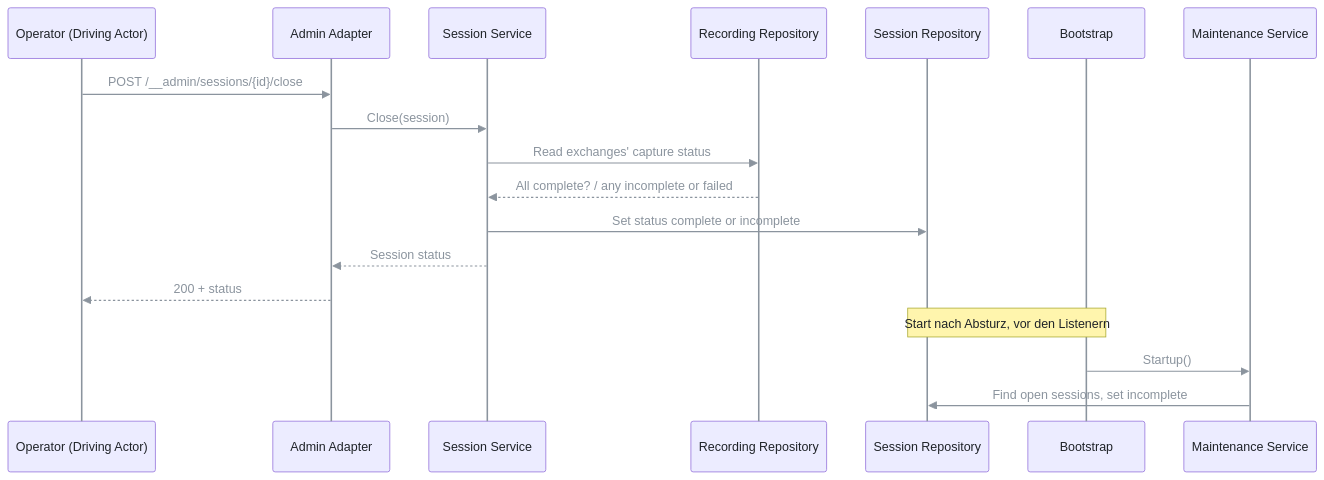
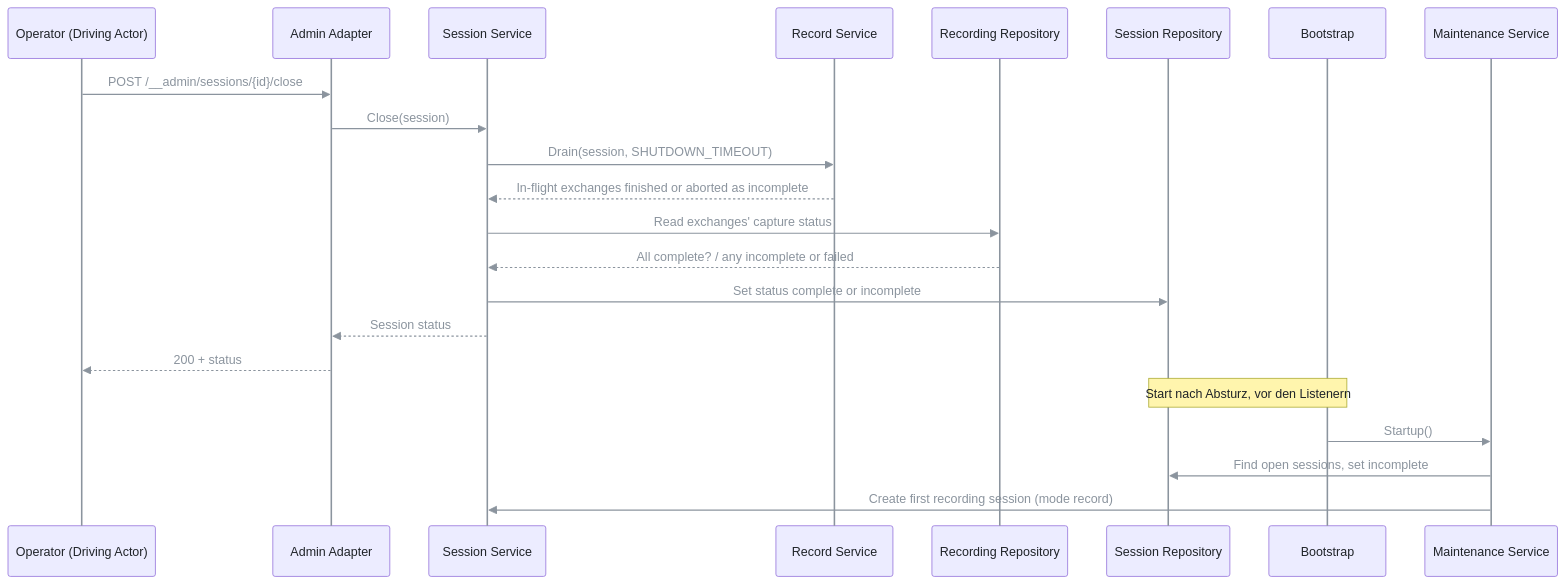
Diagram 11 of 11 in spec/architecture.md (pt9912/odata-recorder), drawn with Mermaid before and after one commit. The commit also changed other lines of this file and 1 other file, not shown here.

````diff
--- a/spec/architecture.md
+++ b/spec/architecture.md
@@ -478,21 +490,25 @@
 ```mermaid
 %%{init: {'themeVariables': {'lineColor': '#8b949e', 'signalColor': '#8b949e', 'signalTextColor': '#8b949e', 'actorLineColor': '#8b949e', 'loopTextColor': '#8b949e', 'textColor': '#c9d1d9', 'primaryTextColor': '#1f2328', 'nodeTextColor': '#1f2328', 'actorTextColor': '#1f2328', 'noteTextColor': '#1f2328', 'edgeLabelBackground': '#30363d'}}}%%
 sequenceDiagram
     participant O as Operator (Driving Actor)
     participant A as Admin Adapter
     participant S as Session Service
+    participant P as Record Service
     participant X as Recording Repository
     participant R as Session Repository
     participant B as Bootstrap
     participant M as Maintenance Service
     O->>A: POST /__admin/sessions/{id}/close
     A->>S: Close(session)
+    S->>P: Drain(session, SHUTDOWN_TIMEOUT)
+    P-->>S: In-flight exchanges finished or aborted as incomplete
     S->>X: Read exchanges' capture status
     X-->>S: All complete? / any incomplete or failed
     S->>R: Set status complete or incomplete
     S-->>A: Session status
     A-->>O: 200 + status
     Note over B,R: Start nach Absturz, vor den Listenern
     B->>M: Startup()
     M->>R: Find open sessions, set incomplete
+    M->>S: Create first recording session (mode record)
 ```
````
